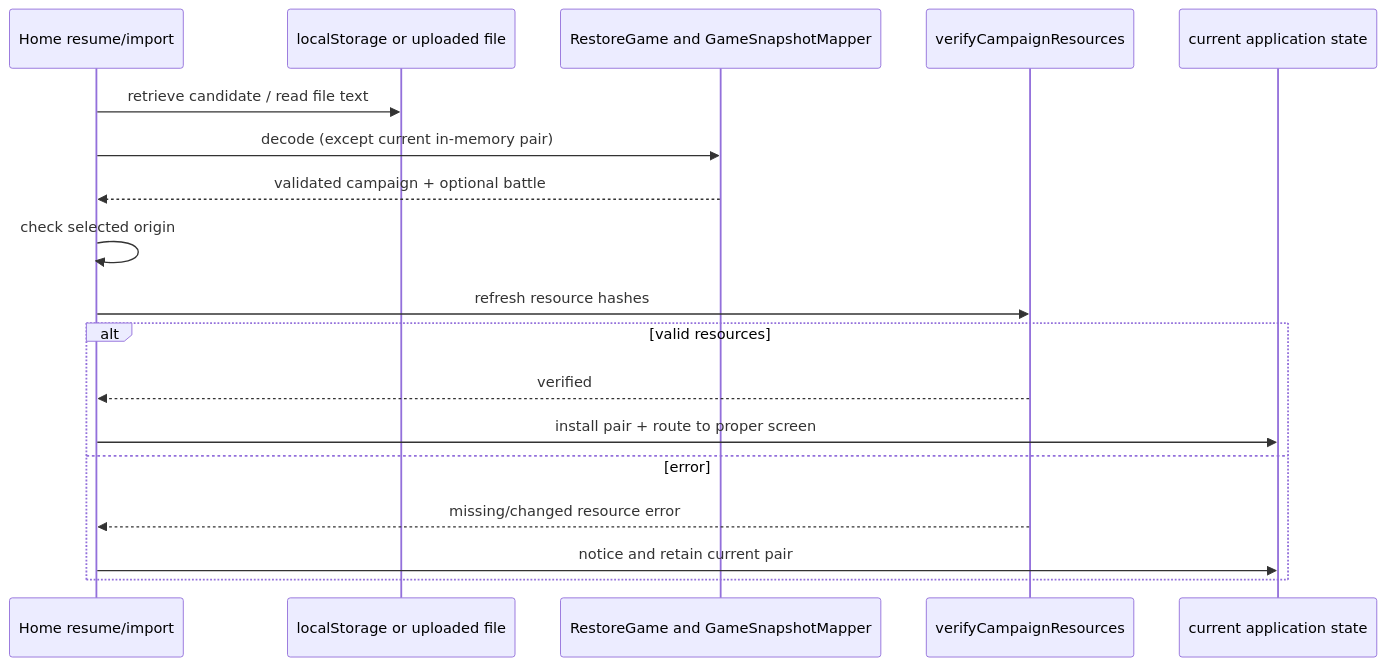
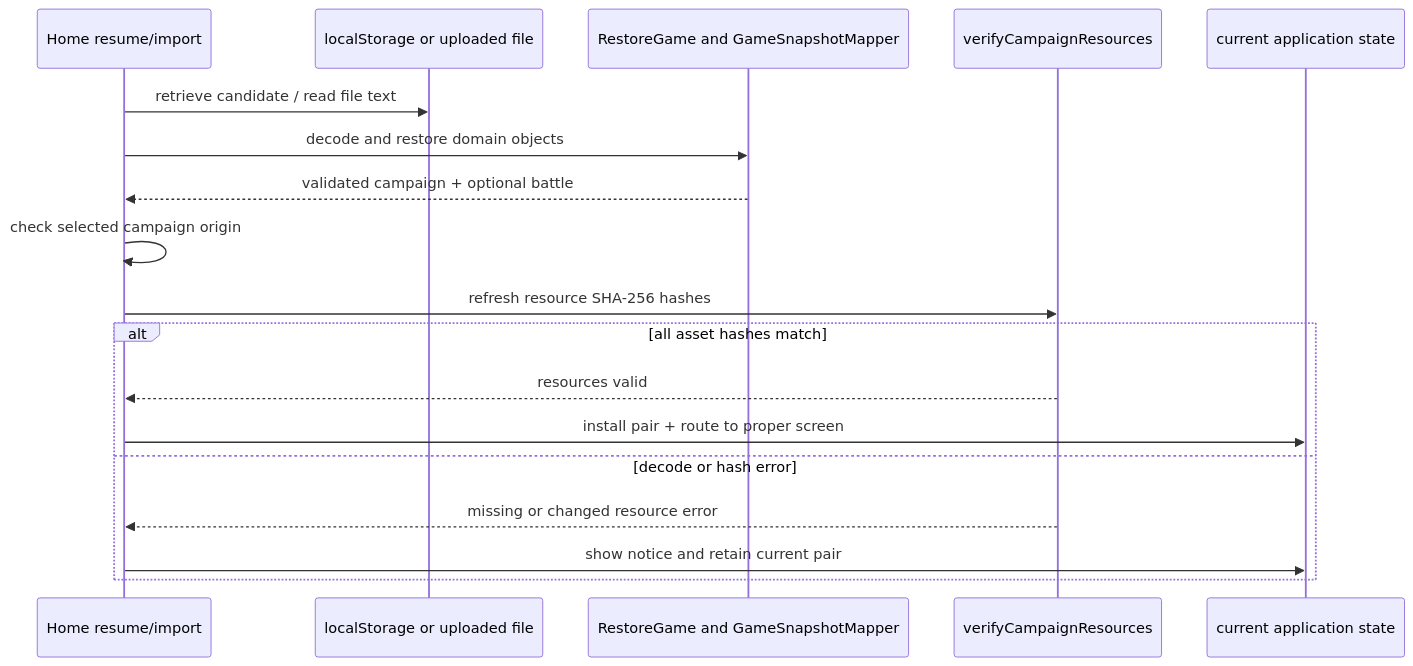
One commit to fsodano/granaderos changed the third of 3 diagrams in docs/architecture/persistence.md. Above: the diagram before and after it, drawn with Mermaid. The commit also changed other lines of this file and 1182 other files, not shown here.

````diff
--- a/docs/architecture/persistence.md
+++ b/docs/architecture/persistence.md
@@ -175,20 +141,20 @@
 ```mermaid
 sequenceDiagram
   participant H as Home resume/import
   participant LS as localStorage or uploaded file
   participant S as RestoreGame and GameSnapshotMapper
   participant V as verifyCampaignResources
   participant UI as current application state
   H->>LS: retrieve candidate / read file text
-  H->>S: decode (except current in-memory pair)
+  H->>S: decode and restore domain objects
   S-->>H: validated campaign + optional battle
-  H->>H: check selected origin
-  H->>V: refresh resource hashes
-  alt valid resources
-    V-->>H: verified
+  H->>H: check selected campaign origin
+  H->>V: refresh resource SHA-256 hashes
+  alt all asset hashes match
+    V-->>H: resources valid
     H->>UI: install pair + route to proper screen
-  else error
-    V-->>H: missing/changed resource error
-    H->>UI: notice and retain current pair
+  else decode or hash error
+    V-->>H: missing or changed resource error
+    H->>UI: show notice and retain current pair
   end
 ```
````
